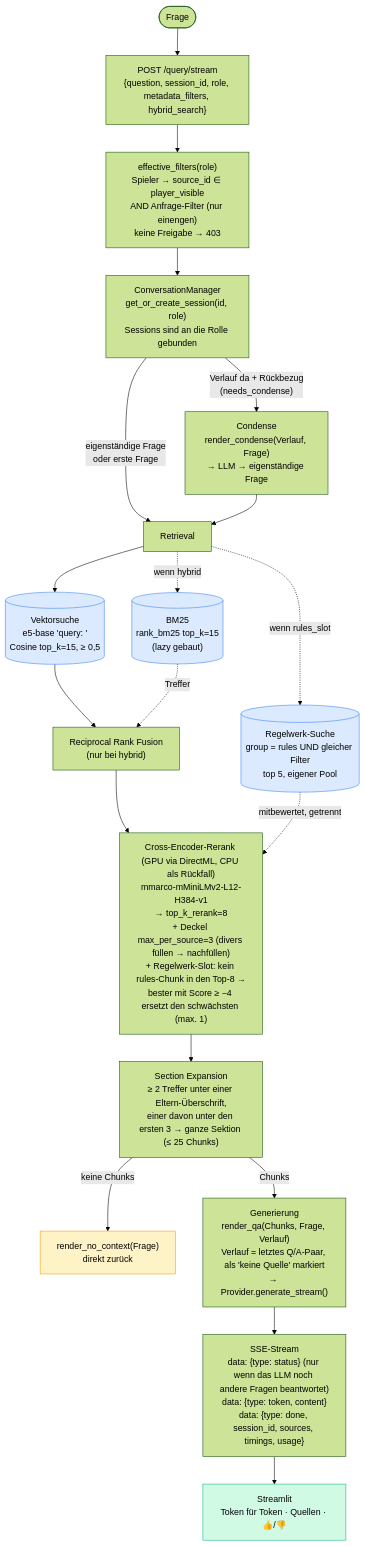
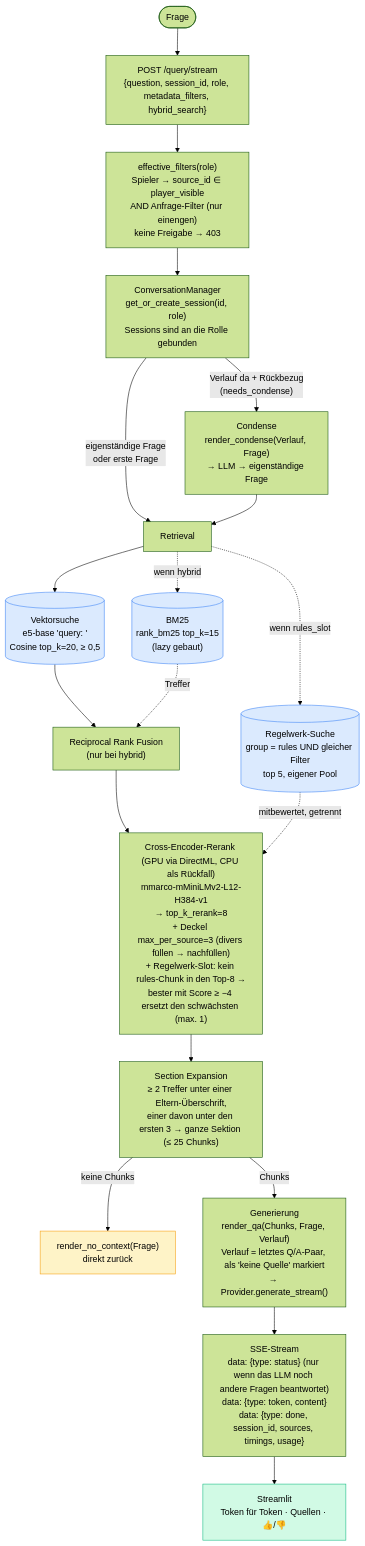
The second of 5 diagrams in docs/data-flow.md (FabianHentrich/lorekeeper), drawn with Mermaid (forest theme) before and after one commit. The commit also changed 7 other files, not shown here.

````diff
--- a/docs/data-flow.md
+++ b/docs/data-flow.md
@@ -68,41 +68,41 @@
 ```mermaid
 flowchart TD
     USER([Frage]) --> API["POST /query/stream\n{question, session_id, role, metadata_filters, hybrid_search}"]
 
     API --> ACCESS["effective_filters(role)\nSpieler → source_id ∈ player_visible\nAND Anfrage-Filter (nur einengen)\nkeine Freigabe → 403"]
     ACCESS --> CM["ConversationManager\nget_or_create_session(id, role)\nSessions sind an die Rolle gebunden"]
 
     CM -->|"Verlauf da + Rückbezug\n(needs_condense)"| COND["Condense\nrender_condense(Verlauf, Frage)\n→ LLM → eigenständige Frage"]
     CM -->|"eigenständige Frage\noder erste Frage"| RET
 
     COND --> RET
 
     RET["Retrieval"]
 
-    RET --> VEC[("Vektorsuche\ne5-base 'query: '\nCosine top_k=15, ≥ 0,5")]
+    RET --> VEC[("Vektorsuche\ne5-base 'query: '\nCosine top_k=20, ≥ 0,5")]
     RET -.->|"wenn hybrid"| BM25[("BM25\nrank_bm25 top_k=15\n(lazy gebaut)")]
     RET -.->|"wenn rules_slot"| RULES[("Regelwerk-Suche\ngroup = rules UND gleicher Filter\ntop 5, eigener Pool")]
 
     VEC --> RRF["Reciprocal Rank Fusion\n(nur bei hybrid)"]
     BM25 -.->|"Treffer"| RRF
 
     RRF --> RERANK["Cross-Encoder-Rerank (GPU via DirectML, CPU als Rückfall)\nmmarco-mMiniLMv2-L12-H384-v1\n→ top_k_rerank=8\n+ Deckel max_per_source=3 (divers füllen → nachfüllen)\n+ Regelwerk-Slot: kein rules-Chunk in den Top-8 →\nbester mit Score ≥ −4 ersetzt den schwächsten (max. 1)"]
     RULES -.->|"mitbewertet, getrennt"| RERANK
 
     RERANK --> EXP["Section Expansion\n≥ 2 Treffer unter einer Eltern-Überschrift,\neiner davon unter den ersten 3 → ganze Sektion (≤ 25 Chunks)"]
 
     EXP -->|"keine Chunks"| NOCX["render_no_context(Frage)\ndirekt zurück"]
     EXP -->|"Chunks"| GEN
 
     GEN["Generierung\nrender_qa(Chunks, Frage, Verlauf)\nVerlauf = letztes Q/A-Paar, als 'keine Quelle' markiert\n→ Provider.generate_stream()"]
 
     GEN --> SSE["SSE-Stream\ndata: {type: status} (nur wenn das LLM noch andere Fragen beantwortet)\ndata: {type: token, content}\ndata: {type: done, session_id, sources, timings, usage}"]
 
     SSE --> UI["Streamlit\nToken für Token · Quellen · 👍/👎"]
 
     style VEC fill:#dbeafe,stroke:#3b82f6
     style BM25 fill:#dbeafe,stroke:#3b82f6
     style RULES fill:#dbeafe,stroke:#3b82f6
     style NOCX fill:#fef3c7,stroke:#f59e0b
     style UI fill:#d1fae5,stroke:#10b981
 ```
````
